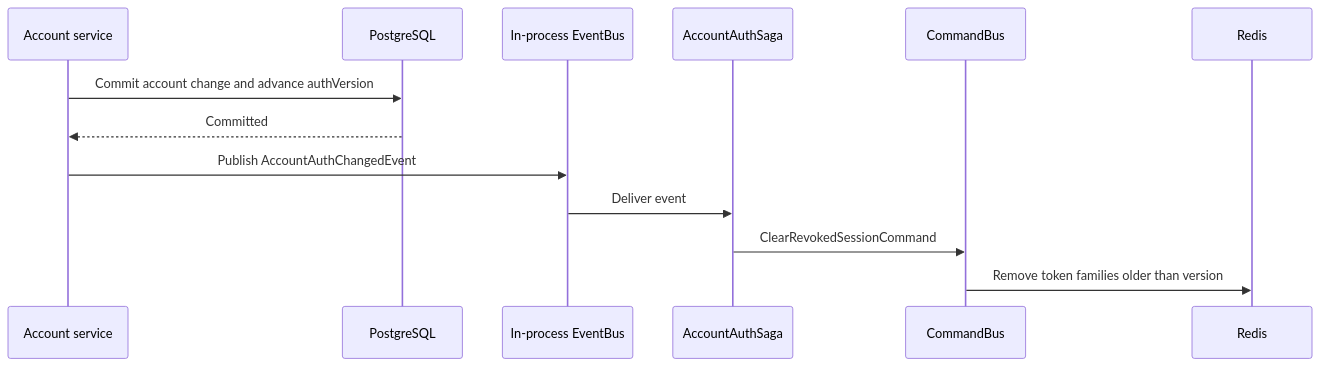
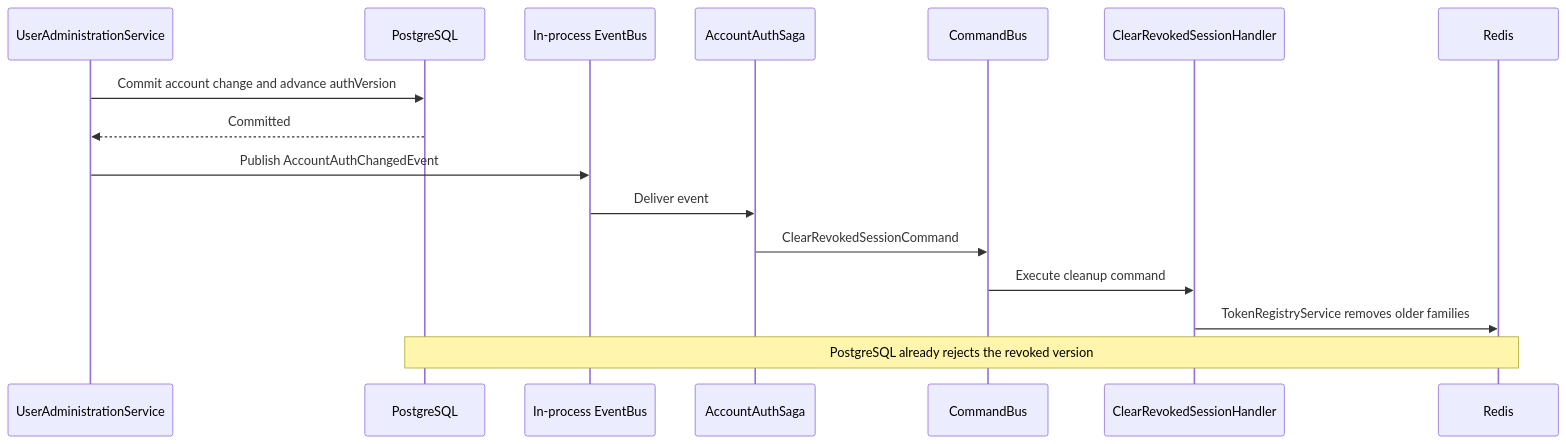
One commit to DevD1st/uni-edu-portal changed the diagram in docs/diagrams/account-session-saga.mmd. Above: the diagram before and after it, drawn with Mermaid. The commit also changed 33 other files, not shown here.

```diff
--- a/docs/diagrams/account-session-saga.mmd
+++ b/docs/diagrams/account-session-saga.mmd
@@ -1,13 +1,16 @@
 sequenceDiagram
-    participant U as Account service
+    participant U as UserAdministrationService
     participant P as PostgreSQL
     participant E as In-process EventBus
     participant S as AccountAuthSaga
     participant C as CommandBus
+    participant H as ClearRevokedSessionHandler
     participant R as Redis
     U->>P: Commit account change and advance authVersion
     P-->>U: Committed
     U->>E: Publish AccountAuthChangedEvent
     E->>S: Deliver event
     S->>C: ClearRevokedSessionCommand
-    C->>R: Remove token families older than version
+    C->>H: Execute cleanup command
+    H->>R: TokenRegistryService removes older families
+    Note over P,R: PostgreSQL already rejects the revoked version
```
